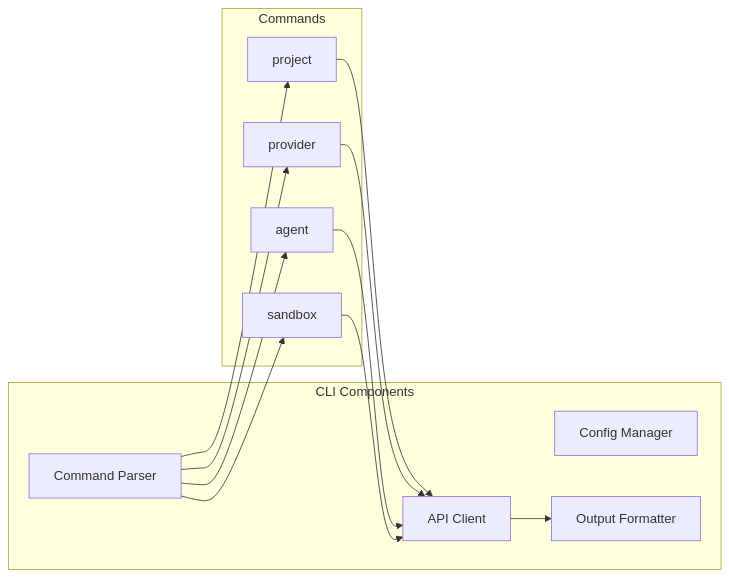
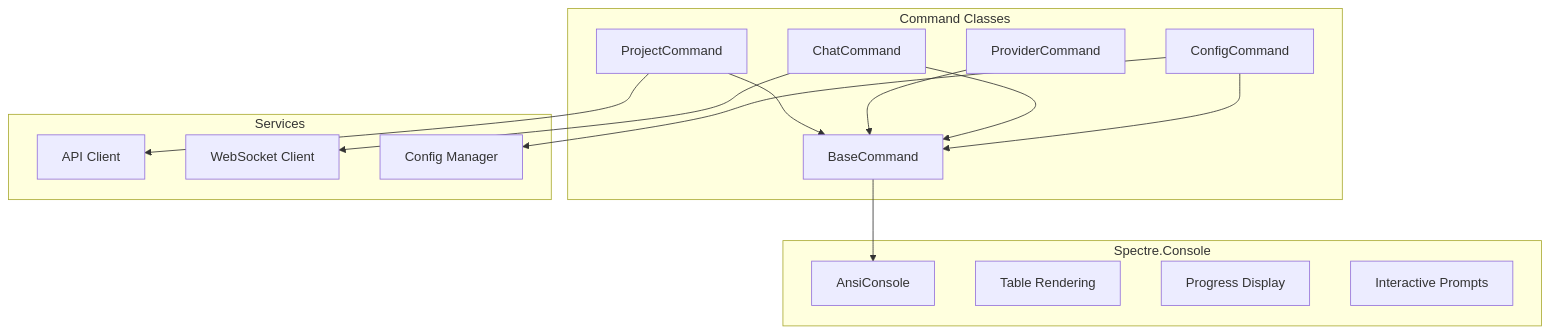
One commit to cykonova/CodeAgent changed the diagram in docs/07-cli-tool.md. Above: the diagram before and after it, drawn with Mermaid. The commit also changed other lines of this file and 2 other files, not shown here.

First line of the commit message:
feat: Define CLI architecture using Spectre.Console

````diff
--- a/docs/07-cli-tool.md
+++ b/docs/07-cli-tool.md
@@ -7,28 +7,33 @@
 ```mermaid
-graph LR
-    subgraph "CLI Components"
-        PARSER[Command Parser]
-        CONFIG[Config Manager]
-        CLIENT[API Client]
-        OUTPUT[Output Formatter]
+graph TB
+    subgraph "Spectre.Console"
+        ANSI[AnsiConsole]
+        TABLE[Table Rendering]
+        PROGRESS[Progress Display]
+        PROMPT[Interactive Prompts]
     end
     
-    subgraph "Commands"
-        PROJ[project]
-        PROV[provider]
-        AGENT[agent]
-        SAND[sandbox]
+    subgraph "Command Classes"
+        BASE[BaseCommand]
+        PROJ[ProjectCommand]
+        PROV[ProviderCommand]
+        CHAT[ChatCommand]
+        CONFIG[ConfigCommand]
     end
     
-    PARSER --> PROJ
-    PARSER --> PROV
-    PARSER --> AGENT
-    PARSER --> SAND
+    subgraph "Services"
+        API[API Client]
+        WS[WebSocket Client]
+        CONF[Config Manager]
+    end
     
-    PROJ --> CLIENT
-    PROV --> CLIENT
-    AGENT --> CLIENT
-    SAND --> CLIENT
+    BASE --> ANSI
+    PROJ --> BASE
+    PROV --> BASE
+    CHAT --> BASE
+    CONFIG --> BASE
     
-    CLIENT --> OUTPUT
+    PROJ --> API
+    CHAT --> WS
+    CONFIG --> CONF
 ```
````
